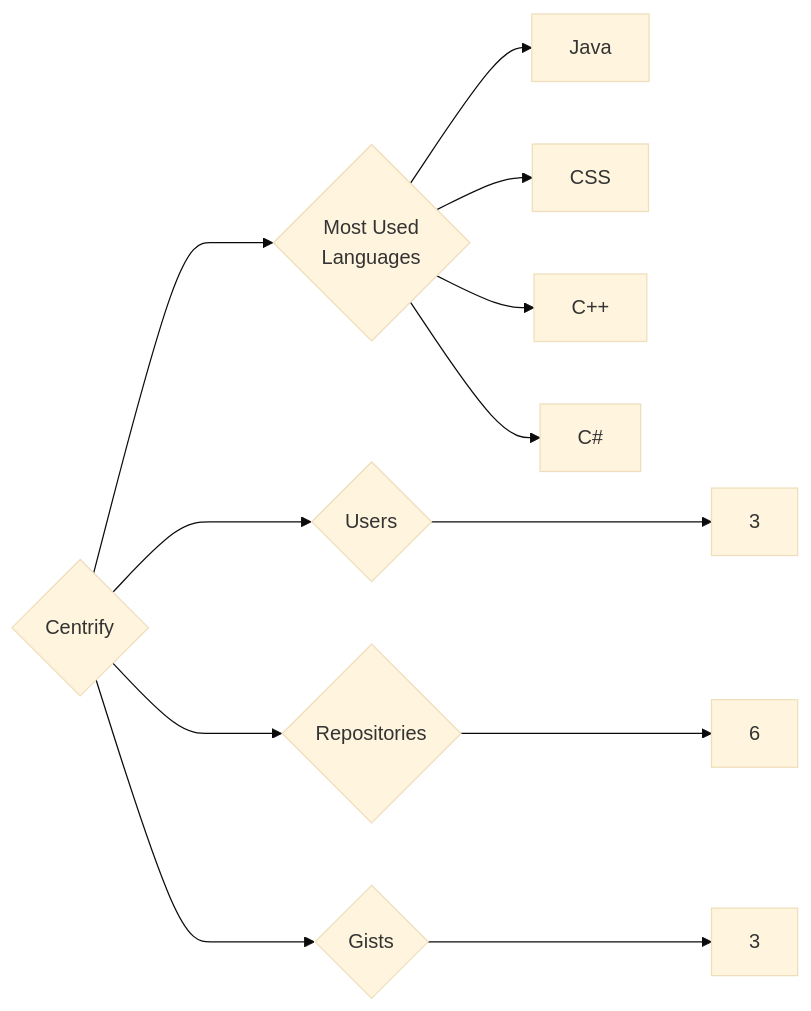
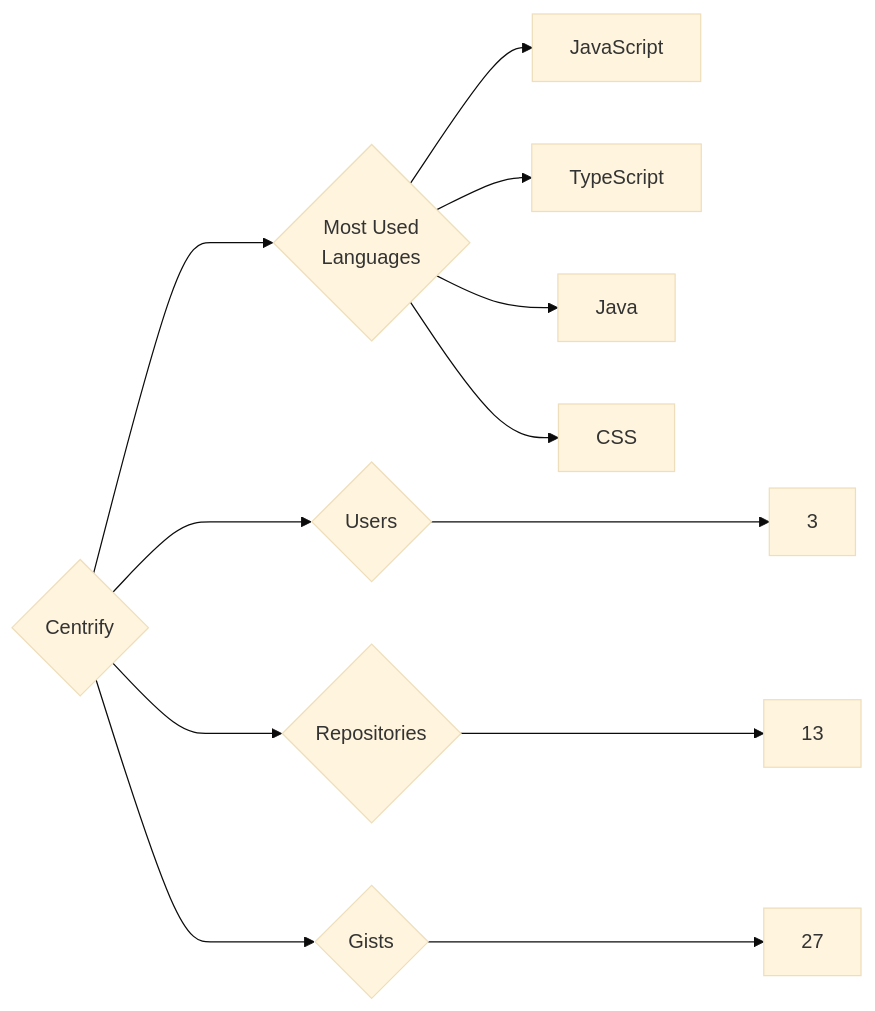
The diagram in targets/Centrify/README.md (trickest/insiders), drawn with Mermaid (base theme) before and after one commit. The commit also changed 681 other files, not shown here.

````diff
--- a/targets/Centrify/README.md
+++ b/targets/Centrify/README.md
@@ -3,12 +3,12 @@
 ```mermaid
 graph LR
 COMPANY_NAME{Centrify}
 COMPANY_NAME ---> U{Users} ---> UN[3]
-COMPANY_NAME ---> R{Repositories} ---> RN[6]
-COMPANY_NAME ---> G{Gists} ---> GN[3]
+COMPANY_NAME ---> R{Repositories} ---> RN[13]
+COMPANY_NAME ---> G{Gists} ---> GN[27]
 COMPANY_NAME ---> ML{Most Used<br>Languages}
+ML --> JavaScript[JavaScript]
+ML --> TypeScript[TypeScript]
 ML --> Java[Java]
 ML --> CSS[CSS]
-ML --> C++[C++]
-ML --> C#[C#]
 ```
````
